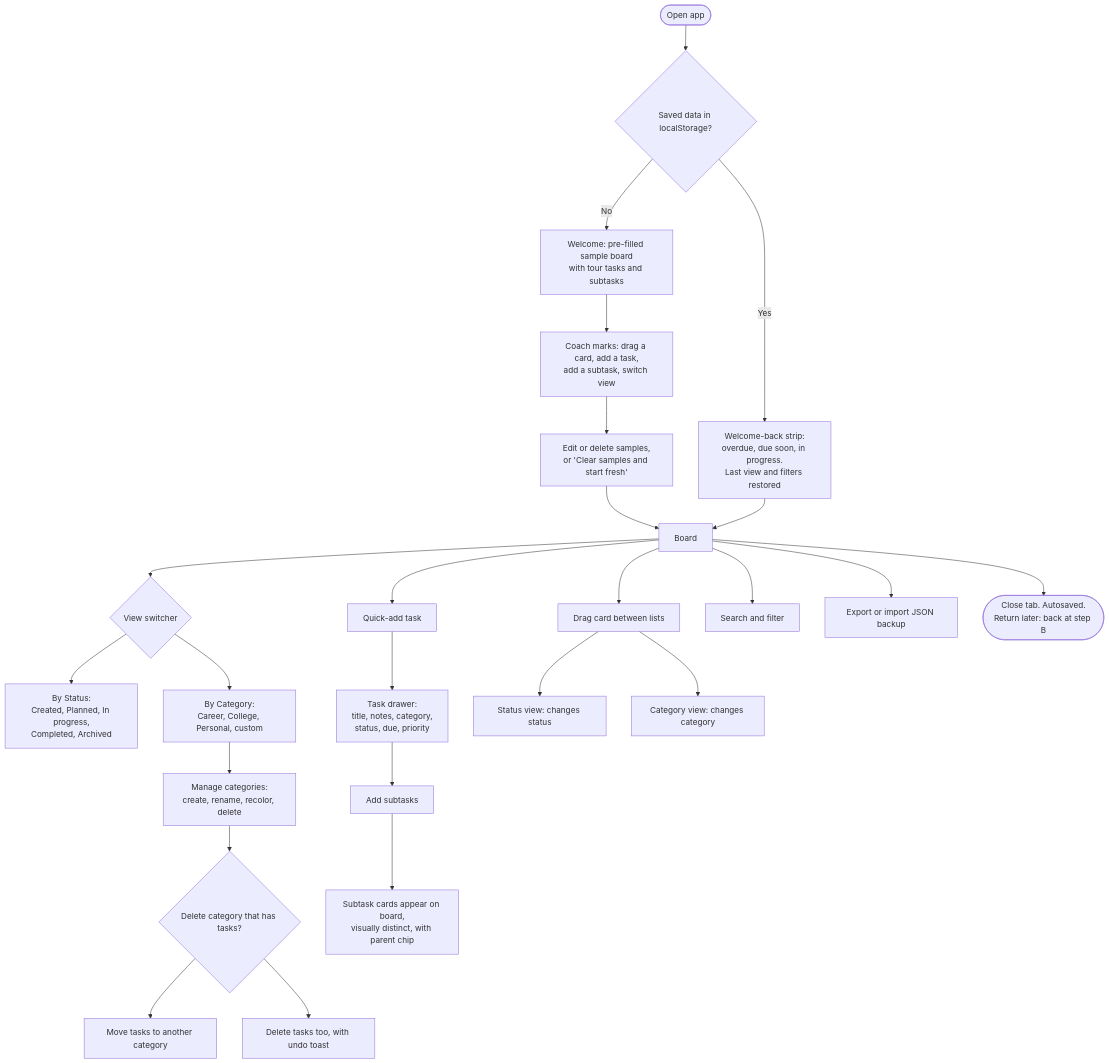
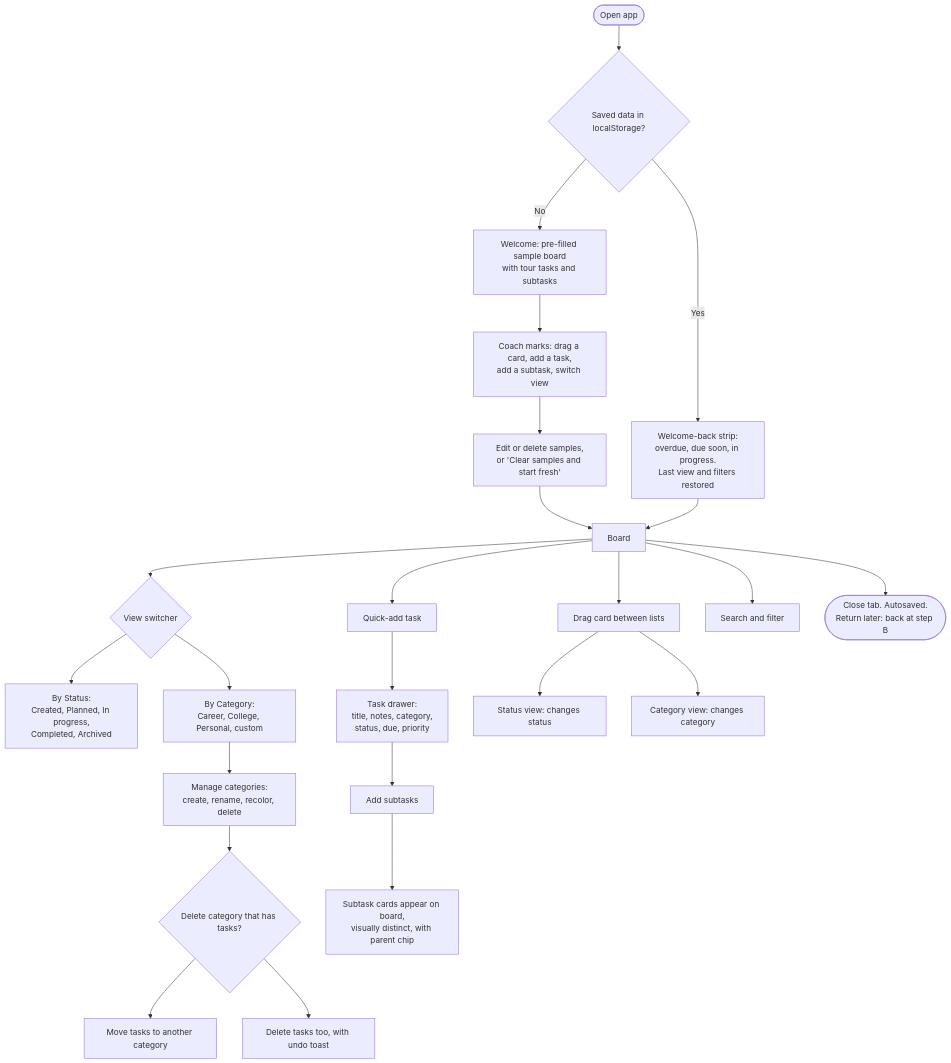
One commit to Ka1eidosc0pe/kanban-todo changed the first of 3 diagrams in README.md. Above: the diagram before and after it, drawn with Mermaid. The commit also changed other lines of this file and 2 other files, not shown here.

Commit message:
Remove JSON import/export

````diff
--- a/README.md
+++ b/README.md
@@ -30,32 +30,31 @@
 ```mermaid
 flowchart TD
     A([Open app]) --> B{Saved data in localStorage?}
     B -- No --> C[Welcome: pre-filled sample board<br/>with tour tasks and subtasks]
     C --> D[Coach marks: drag a card, add a task,<br/>add a subtask, switch view]
     D --> E[Edit or delete samples,<br/>or 'Clear samples and start fresh']
     B -- Yes --> F[Welcome-back strip:<br/>overdue, due soon, in progress.<br/>Last view and filters restored]
     E --> G
     F --> G[Board]
 
     G --> V{View switcher}
     V --> V1[By Status:<br/>Created, Planned, In progress,<br/>Completed, Archived]
     V --> V2[By Category:<br/>Career, College, Personal, custom]
 
     G --> T1[Quick-add task]
     T1 --> T2[Task drawer:<br/>title, notes, category,<br/>status, due, priority]
     T2 --> T3[Add subtasks]
     T3 --> T4[Subtask cards appear on board,<br/>visually distinct, with parent chip]
 
     G --> M[Drag card between lists]
     M --> M1[Status view: changes status]
     M --> M2[Category view: changes category]
 
     V2 --> CG[Manage categories:<br/>create, rename, recolor, delete]
     CG --> CD{Delete category that has tasks?}
     CD --> CD1[Move tasks to another category]
     CD --> CD2[Delete tasks too, with undo toast]
 
     G --> S[Search and filter]
-    G --> X[Export or import JSON backup]
     G --> R([Close tab. Autosaved.<br/>Return later: back at step B])
 ```
````
